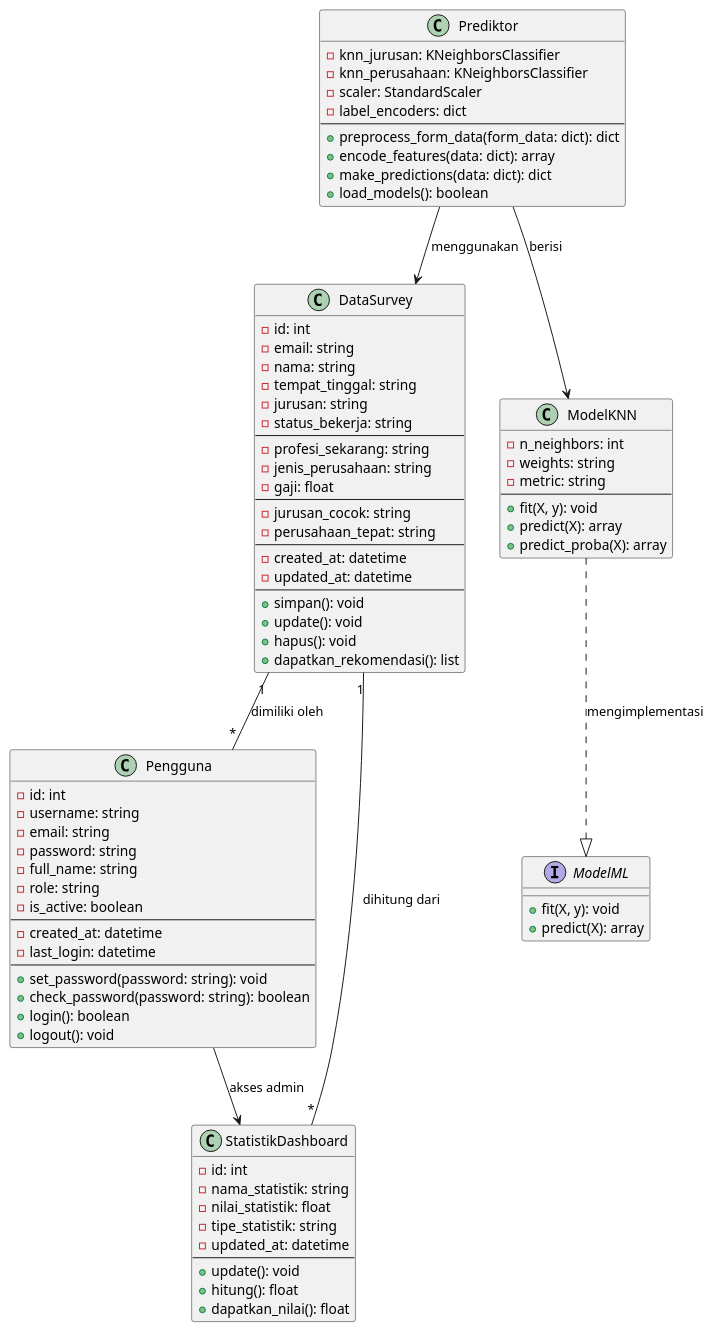
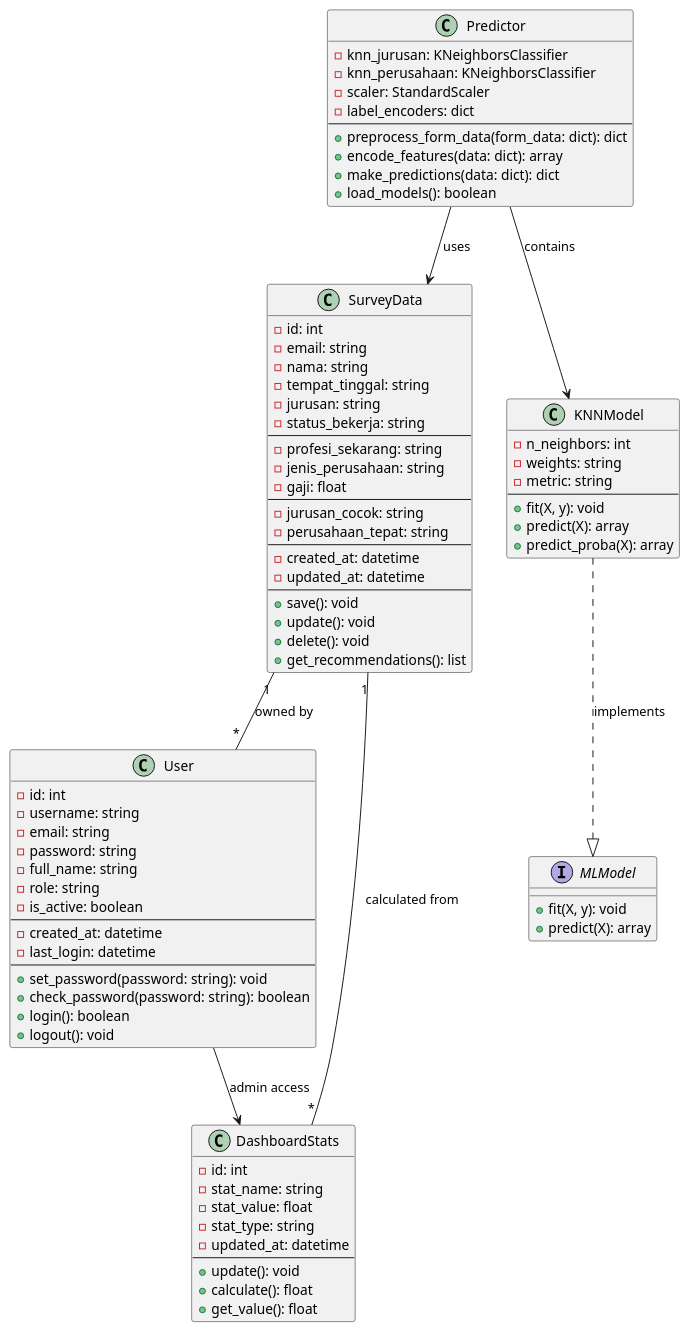
The diagram in diagrams/uml_class_diagram.puml (aepsaefulloh/Job-Recommend-System), drawn with PlantUML before and after one commit. The commit also changed 26 other files, not shown here.

```diff
--- a/diagrams/uml_class_diagram.puml
+++ b/diagrams/uml_class_diagram.puml
@@ -2,94 +2,94 @@
-@startuml Diagram Kelas UML - Sistem Rekomendasi Pekerjaan
+@startuml UML Class Diagram - Job Recommendation System
 
-class DataSurvey {
+class SurveyData {
     - id: int
     - email: string
     - nama: string
     - tempat_tinggal: string
     - jurusan: string
     - status_bekerja: string
     --
     - profesi_sekarang: string
     - jenis_perusahaan: string
     - gaji: float
     --
     - jurusan_cocok: string
     - perusahaan_tepat: string
     --
     - created_at: datetime
     - updated_at: datetime
     --
-    + simpan(): void
+    + save(): void
     + update(): void
-    + hapus(): void
-    + dapatkan_rekomendasi(): list
+    + delete(): void
+    + get_recommendations(): list
 }
 
-class Pengguna {
+class User {
     - id: int
     - username: string
     - email: string
     - password: string
     - full_name: string
     - role: string
     - is_active: boolean
     --
     - created_at: datetime
     - last_login: datetime
     --
     + set_password(password: string): void
     + check_password(password: string): boolean
     + login(): boolean
     + logout(): void
 }
 
-class StatistikDashboard {
+class DashboardStats {
     - id: int
-    - nama_statistik: string
-    - nilai_statistik: float
-    - tipe_statistik: string
+    - stat_name: string
+    - stat_value: float
+    - stat_type: string
     - updated_at: datetime
     --
     + update(): void
-    + hitung(): float
-    + dapatkan_nilai(): float
+    + calculate(): float
+    + get_value(): float
 }
 
-class Prediktor {
+class Predictor {
     - knn_jurusan: KNeighborsClassifier
     - knn_perusahaan: KNeighborsClassifier
     - scaler: StandardScaler
     - label_encoders: dict
     --
     + preprocess_form_data(form_data: dict): dict
     + encode_features(data: dict): array
     + make_predictions(data: dict): dict
     + load_models(): boolean
 }
 
-class ModelKNN {
+class KNNModel {
     - n_neighbors: int
     - weights: string
     - metric: string
     --
     + fit(X, y): void
     + predict(X): array
     + predict_proba(X): array
 }
 
-' Relasi
-DataSurvey "1" -- "*" Pengguna : dimiliki oleh
-StatistikDashboard "*" -- "1" DataSurvey : dihitung dari
-Prediktor --> DataSurvey : menggunakan
-Prediktor --> ModelKNN : berisi
-Pengguna --> StatistikDashboard : akses admin
+' Relationships
+SurveyData "1" -- "*" User : owned by
+DashboardStats "*" -- "1" SurveyData : calculated from
+Predictor --> SurveyData : uses
+Predictor --> KNNModel : contains
+User --> DashboardStats : admin access
 
 ' Interface
-interface "ModelML" {
+interface "MLModel" {
     + fit(X, y): void
     + predict(X): array
 }
 
-ModelKNN ..|> ModelML : mengimplementasi
+KNNModel ..|> MLModel : implements
 
 @enduml
```
